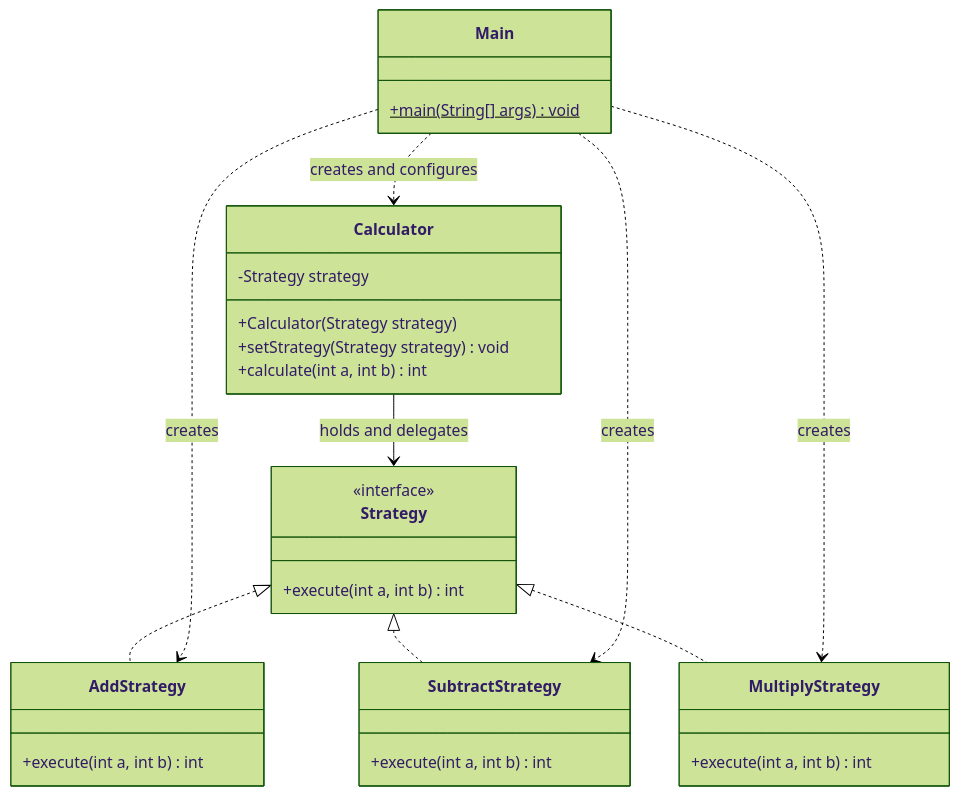
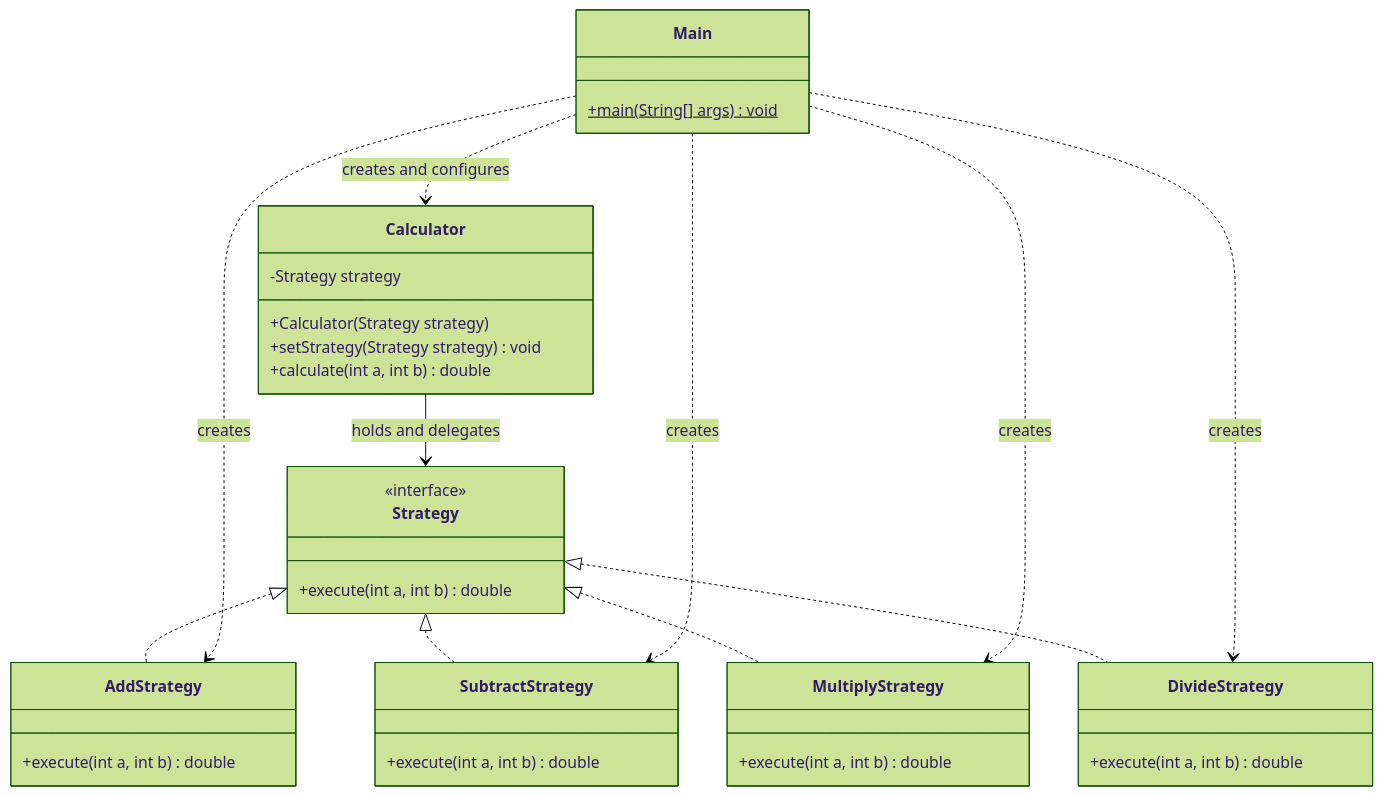
The diagram in report.md (xelllion/SDP_assignment5), drawn with Mermaid (forest theme) before and after one commit. The commit also changed other lines of this file and 8 other files, not shown here.

````diff
--- a/report.md
+++ b/report.md
@@ -20,33 +24,38 @@
 ```mermaid
 classDiagram
     class Strategy {
         <<interface>>
-        +execute(int a, int b) int
+        +execute(int a, int b) double
     }
     class AddStrategy {
-        +execute(int a, int b) int
+        +execute(int a, int b) double
     }
     class SubtractStrategy {
-        +execute(int a, int b) int
+        +execute(int a, int b) double
     }
     class MultiplyStrategy {
-        +execute(int a, int b) int
+        +execute(int a, int b) double
+    }
+    class DivideStrategy {
+        +execute(int a, int b) double
     }
     class Calculator {
         -Strategy strategy
         +Calculator(Strategy strategy)
         +setStrategy(Strategy strategy) void
-        +calculate(int a, int b) int
+        +calculate(int a, int b) double
     }
     class Main {
         +main(String[] args) void$
     }
     Strategy <|.. AddStrategy
     Strategy <|.. SubtractStrategy
     Strategy <|.. MultiplyStrategy
+    Strategy <|.. DivideStrategy
     Calculator --> Strategy : holds and delegates
     Main ..> Calculator : creates and configures
     Main ..> AddStrategy : creates
     Main ..> SubtractStrategy : creates
     Main ..> MultiplyStrategy : creates
+    Main ..> DivideStrategy : creates
 ```
````
